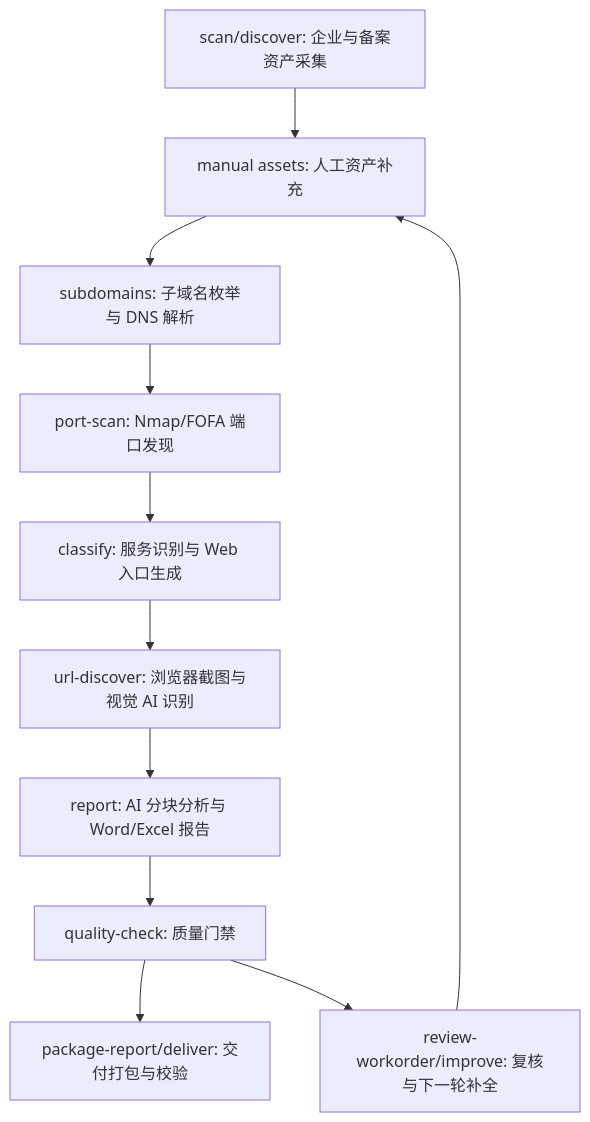
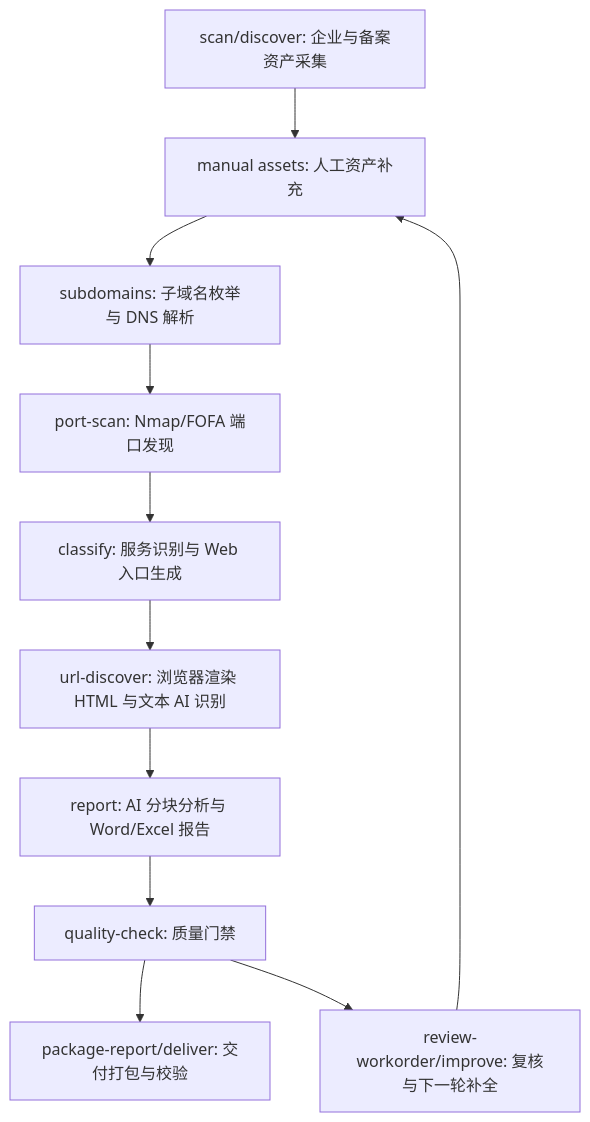
One commit to f0raway/assetmap changed the diagram in README.md. Above: the diagram before and after it, drawn with Mermaid. The commit also changed other lines of this file and 68 other files, not shown here.

````diff
--- a/README.md
+++ b/README.md
@@ -184,13 +212,13 @@
 ```mermaid
 flowchart TD
   A["scan/discover: 企业与备案资产采集"] --> B["manual assets: 人工资产补充"]
   B --> C["subdomains: 子域名枚举与 DNS 解析"]
   C --> D["port-scan: Nmap/FOFA 端口发现"]
   D --> E["classify: 服务识别与 Web 入口生成"]
-  E --> F["url-discover: 浏览器截图与视觉 AI 识别"]
+  E --> F["url-discover: 浏览器渲染 HTML 与文本 AI 识别"]
   F --> G["report: AI 分块分析与 Word/Excel 报告"]
   G --> H["quality-check: 质量门禁"]
   H --> I["package-report/deliver: 交付打包与校验"]
   H --> J["review-workorder/improve: 复核与下一轮补全"]
   J --> B
 ```
````
